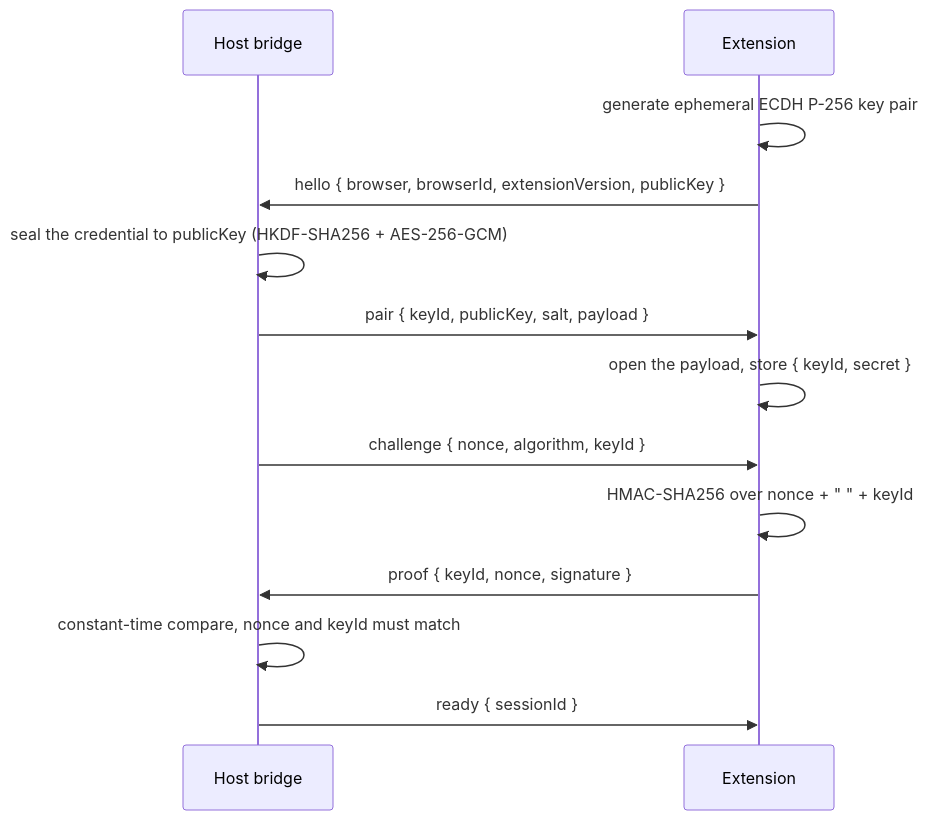
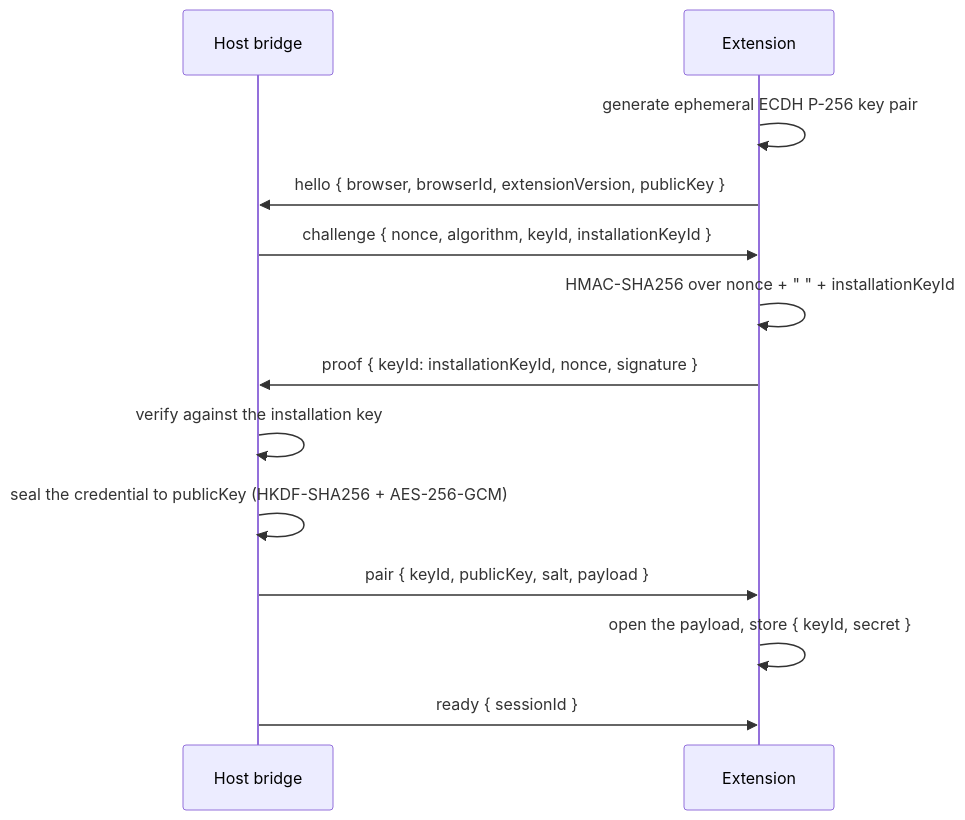
Before and after one commit to Hylouis233/minimax-code: the diagram in packages/webui/docs/browser-use/02-bridge-protocol.md, drawn with Mermaid. The commit also changed other lines of this file and 33 other files, not shown here.

````diff
--- a/packages/webui/docs/browser-use/02-bridge-protocol.md
+++ b/packages/webui/docs/browser-use/02-bridge-protocol.md
@@ -126,15 +134,15 @@
 ```mermaid
 sequenceDiagram
     participant H as Host bridge
     participant E as Extension
     E->>E: generate ephemeral ECDH P-256 key pair
     E->>H: hello { browser, browserId, extensionVersion, publicKey }
+    H->>E: challenge { nonce, algorithm, keyId, installationKeyId }
+    E->>E: HMAC-SHA256 over nonce + " " + installationKeyId
+    E->>H: proof { keyId: installationKeyId, nonce, signature }
+    H->>H: verify against the installation key
     H->>H: seal the credential to publicKey (HKDF-SHA256 + AES-256-GCM)
     H->>E: pair { keyId, publicKey, salt, payload }
     E->>E: open the payload, store { keyId, secret }
-    H->>E: challenge { nonce, algorithm, keyId }
-    E->>E: HMAC-SHA256 over nonce + " " + keyId
-    E->>H: proof { keyId, nonce, signature }
-    H->>H: constant-time compare, nonce and keyId must match
     H->>E: ready { sessionId }
 ```
````
